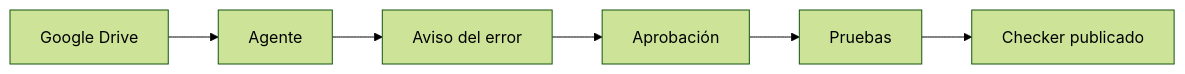
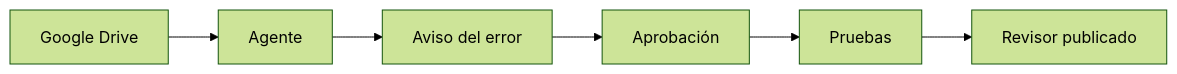
One commit to ndresdavila/masterview-document-checker changed the diagram in README.md. Above: the diagram before and after it, drawn with Mermaid (forest theme). The commit also changed other lines of this file, not shown here.

Commit message:
Nombrar el proyecto revisor de documentos.

````diff
--- a/README.md
+++ b/README.md
@@ -11,8 +11,8 @@
 ```mermaid
 flowchart LR
   drive["Google Drive"] --> agente["Agente"]
   agente --> aviso["Aviso del error"]
   aviso --> ok["Aprobación"]
   ok --> pruebas["Pruebas"]
-  pruebas --> pub["Checker publicado"]
+  pruebas --> pub["Revisor publicado"]
 ```
````
